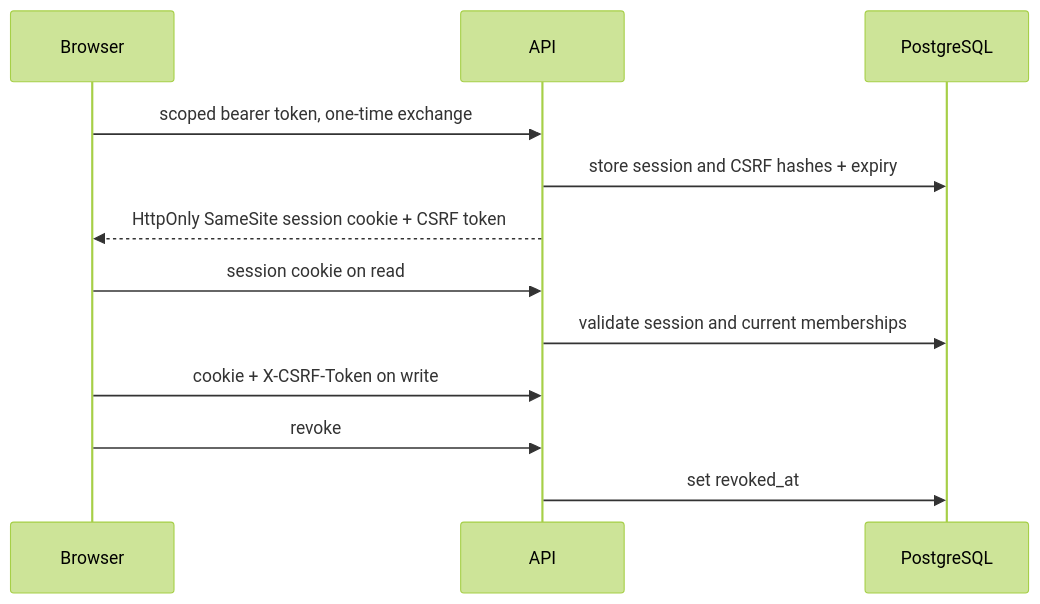
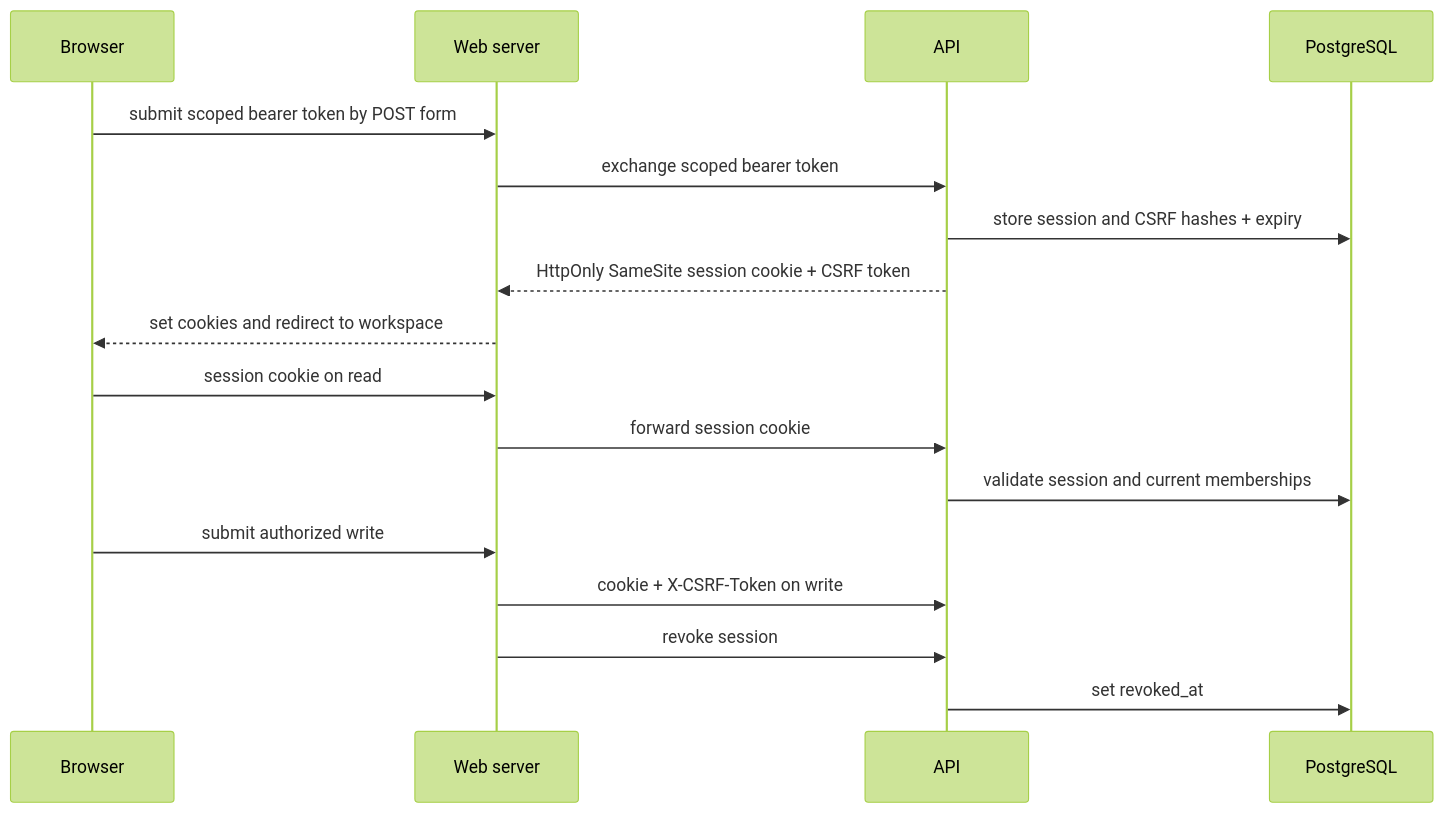
The fifth of 7 diagrams in docs/architecture/runtime-flows.md (David-std/Architecture-Knowledge-Platform), drawn with Mermaid (forest theme) before and after one commit. The commit also changed other lines of this file and 2 other files, not shown here.

Commit message:
docs: repair Mermaid diagrams and retrieval channel summary

````diff
--- a/docs/architecture/runtime-flows.md
+++ b/docs/architecture/runtime-flows.md
@@ -156,14 +156,19 @@
 ```mermaid
 sequenceDiagram
   participant B as Browser
+  participant V as Web server
   participant A as API
   participant D as PostgreSQL
-  B->>A: scoped bearer token, one-time exchange
+  B->>V: submit scoped bearer token by POST form
+  V->>A: exchange scoped bearer token
   A->>D: store session and CSRF hashes + expiry
-  A-->>B: HttpOnly SameSite session cookie + CSRF token
-  B->>A: session cookie on read
+  A-->>V: HttpOnly SameSite session cookie + CSRF token
+  V-->>B: set cookies and redirect to workspace
+  B->>V: session cookie on read
+  V->>A: forward session cookie
   A->>D: validate session and current memberships
-  B->>A: cookie + X-CSRF-Token on write
-  B->>A: revoke
+  B->>V: submit authorized write
+  V->>A: cookie + X-CSRF-Token on write
+  V->>A: revoke session
   A->>D: set revoked_at
 ```
````
